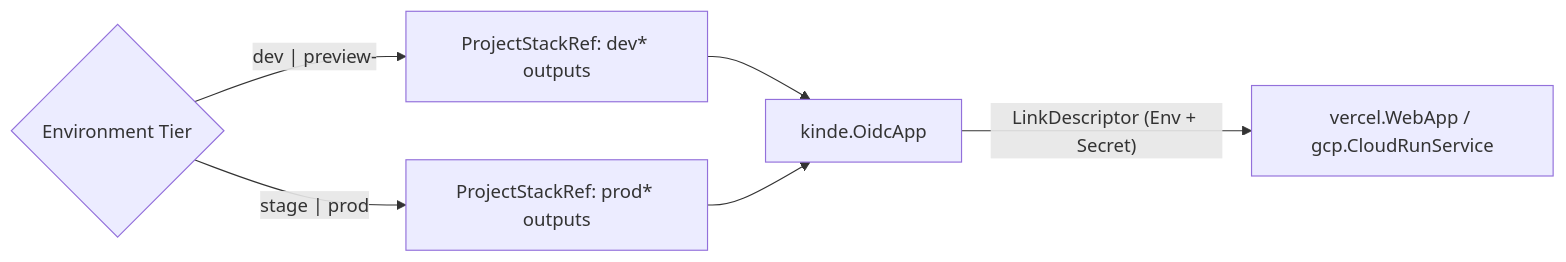
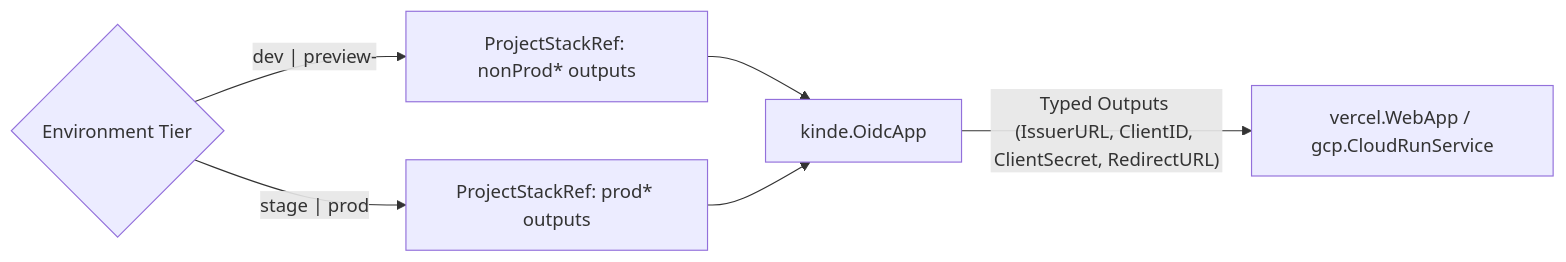
The first of 2 diagrams in docs/architecture/providers/kinde/oidc-app.md (cloudvoyant/openbase), drawn with Mermaid before and after one commit. The commit also changed other lines of this file and 124 other files, not shown here.

First line of the commit message:
feat(components): unify platform, project, and environment scopes

````diff
--- a/docs/architecture/providers/kinde/oidc-app.md
+++ b/docs/architecture/providers/kinde/oidc-app.md
@@ -24,8 +24,8 @@
 ```mermaid
 flowchart LR
-    Stack{"Environment Tier"} -->|"dev | preview-<slug>"| DevOut["ProjectStackRef: dev* outputs"]
+    Stack{"Environment Tier"} -->|"dev | preview-<slug>"| NonProdOut["ProjectStackRef: nonProd* outputs"]
     Stack -->|"stage | prod"| ProdOut["ProjectStackRef: prod* outputs"]
-    DevOut --> Oidc["kinde.OidcApp"]
+    NonProdOut --> Oidc["kinde.OidcApp"]
     ProdOut --> Oidc
-    Oidc -->|"LinkDescriptor (Env + Secret)"| App["vercel.WebApp / gcp.CloudRunService"]
+    Oidc -->|"Typed Outputs (IssuerURL, ClientID, ClientSecret, RedirectURL)"| App["vercel.WebApp / gcp.CloudRunService"]
 ```
````
